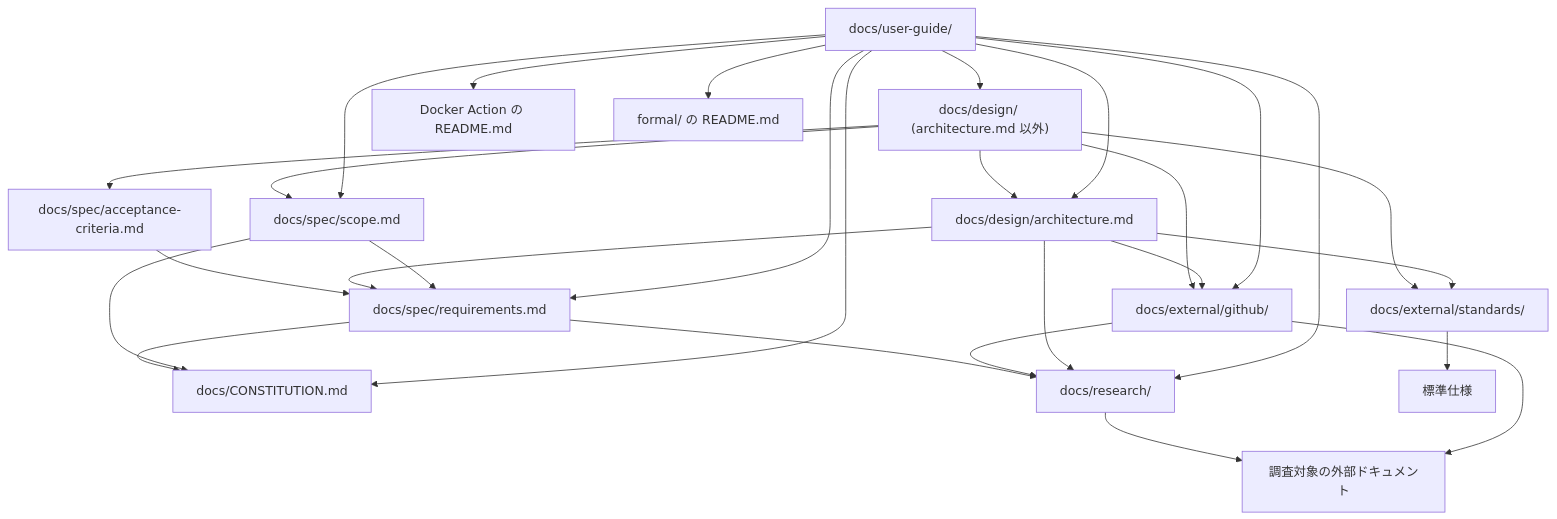
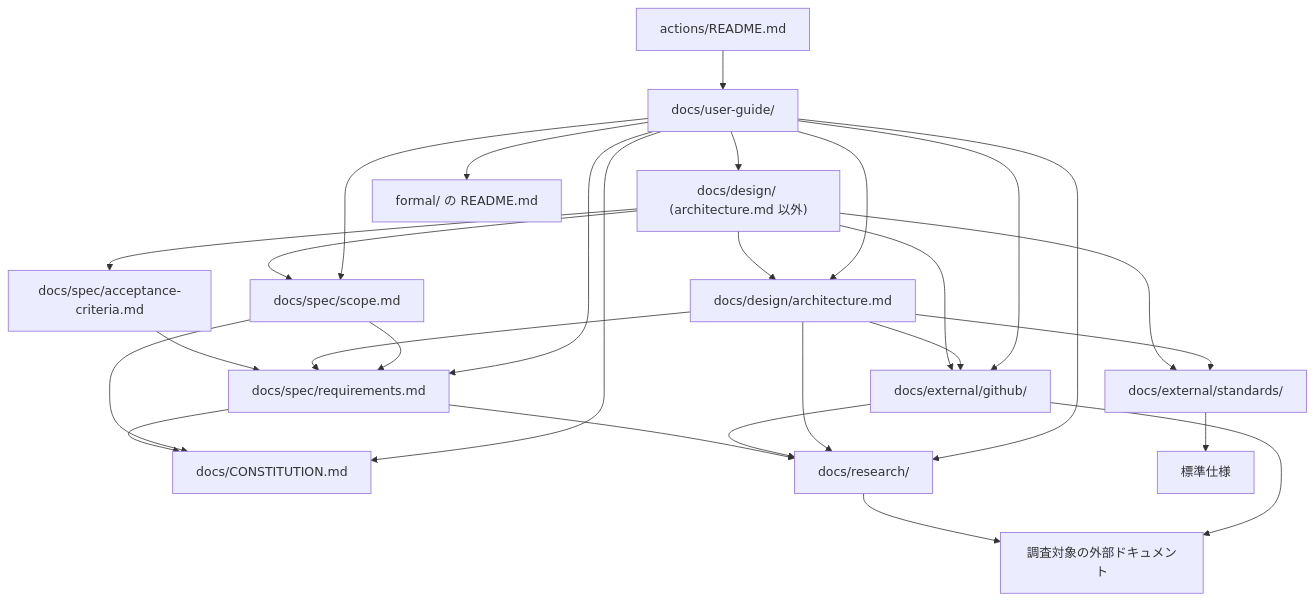
The first of 3 diagrams in docs/contributing/docs-policy.md (tmknom/gates), drawn with Mermaid before and after one commit. The commit also changed other lines of this file and 10 other files, not shown here.

First line of the commit message:
docs: move Action reference from actions/README into user guide

````diff
--- a/docs/contributing/docs-policy.md
+++ b/docs/contributing/docs-policy.md
@@ -31,30 +31,30 @@
 ```mermaid
 flowchart TD
     design["docs/design/ (architecture.md 以外)"] --> architecture["docs/design/architecture.md"]
     design --> scope["docs/spec/scope.md"]
     design --> acceptance["docs/spec/acceptance-criteria.md"]
     acceptance --> requirements
     architecture --> requirements["docs/spec/requirements.md"]
     design --> github["docs/external/github/"]
     design --> standards["docs/external/standards/"]
     architecture --> github
     architecture --> standards
     scope --> requirements
     requirements --> constitution["docs/CONSTITUTION.md"]
     scope --> constitution
     requirements --> research["docs/research/"]
     github --> research
     architecture --> research
     standards --> standardDocs["標準仕様"]
     research --> external["調査対象の外部ドキュメント"]
     github --> external
     guide["docs/user-guide/"] --> design
     guide --> architecture
     guide --> requirements
     guide --> scope
     guide --> github
     guide --> constitution
     guide --> research
-    guide --> action["Docker Action の README.md"]
     guide --> formal["formal/ の README.md"]
+    action["actions/README.md"] --> guide
 ```
````
